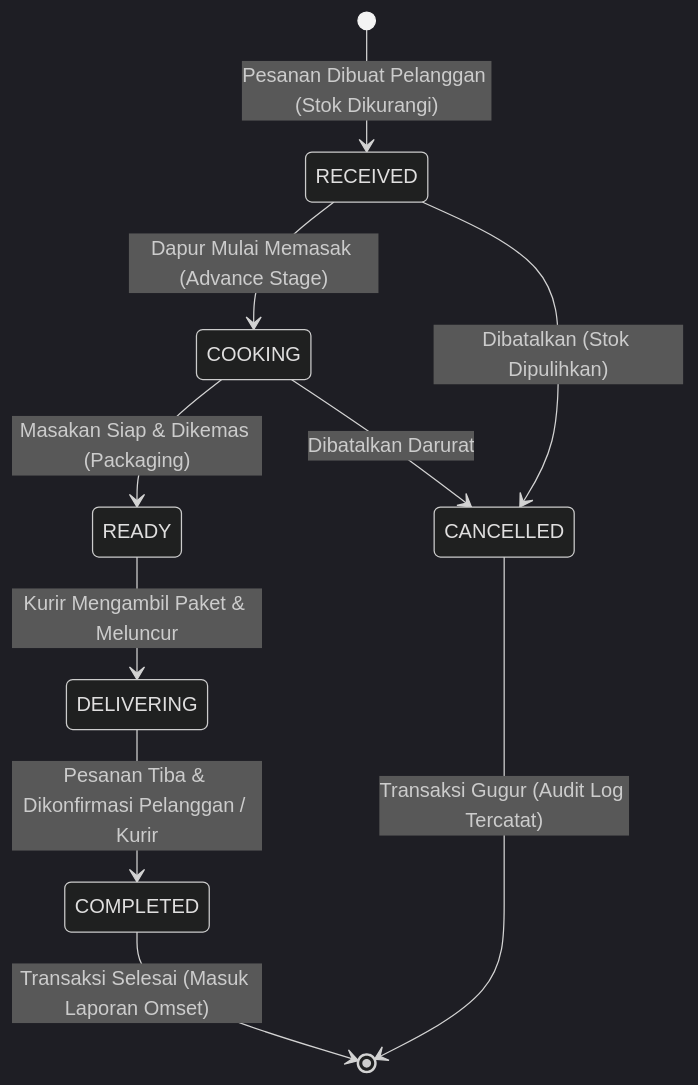
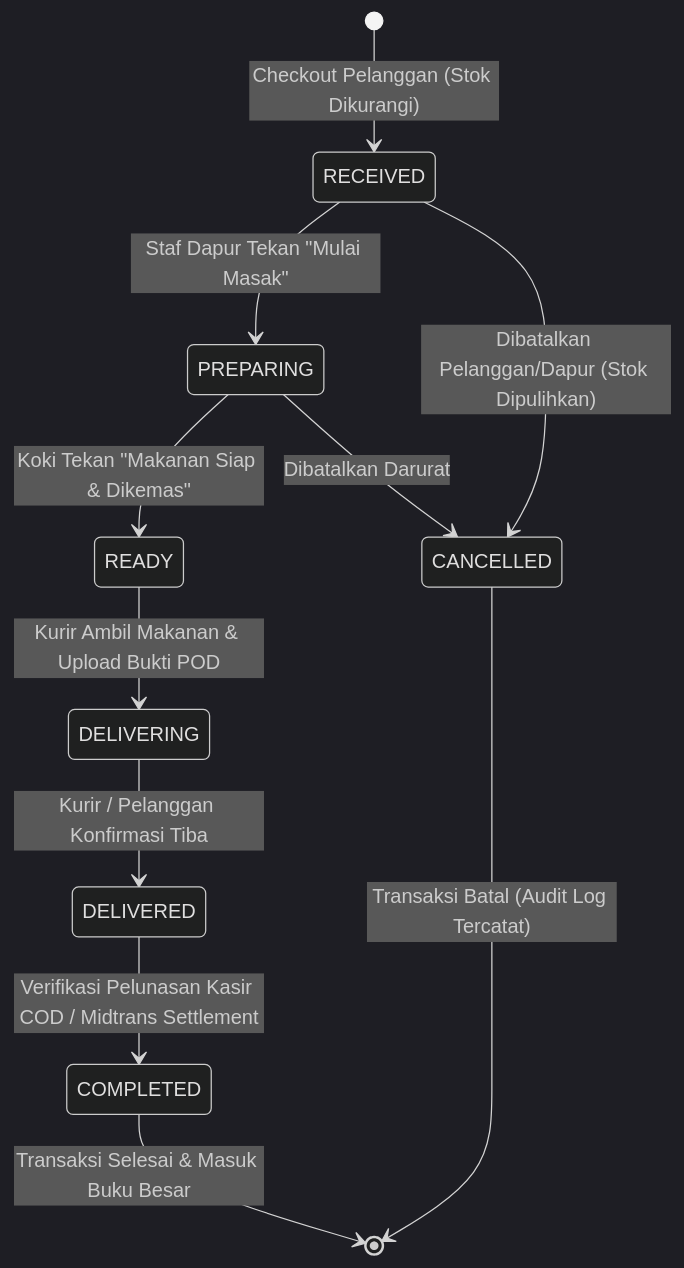
The first of 2 diagrams in nefakky3/docs/WORKFLOW.md (fatihahmadzakky19/Nefakky3), drawn with Mermaid (dark theme) before and after one commit. The commit also changed other lines of this file and 15 other files, not shown here.

````diff
--- a/nefakky3/docs/WORKFLOW.md
+++ b/nefakky3/docs/WORKFLOW.md
@@ -13,17 +13,19 @@
 ```mermaid
 stateDiagram-v2
-    [*] --> RECEIVED : Pesanan Dibuat Pelanggan (Stok Dikurangi)
+    [*] --> RECEIVED : Checkout Pelanggan (Stok Dikurangi)
     
-    RECEIVED --> COOKING : Dapur Mulai Memasak (Advance Stage)
-    RECEIVED --> CANCELLED : Dibatalkan (Stok Dipulihkan)
+    RECEIVED --> PREPARING : Staf Dapur Tekan "Mulai Masak"
+    RECEIVED --> CANCELLED : Dibatalkan Pelanggan/Dapur (Stok Dipulihkan)
     
-    COOKING --> READY : Masakan Siap & Dikemas (Packaging)
-    COOKING --> CANCELLED : Dibatalkan Darurat
+    PREPARING --> READY : Koki Tekan "Makanan Siap & Dikemas"
+    PREPARING --> CANCELLED : Dibatalkan Darurat
     
-    READY --> DELIVERING : Kurir Mengambil Paket & Meluncur
+    READY --> DELIVERING : Kurir Ambil Makanan & Upload Bukti POD
     
-    DELIVERING --> COMPLETED : Pesanan Tiba & Dikonfirmasi Pelanggan / Kurir
+    DELIVERING --> DELIVERED : Kurir / Pelanggan Konfirmasi Tiba
     
-    COMPLETED --> [*] : Transaksi Selesai (Masuk Laporan Omset)
-    CANCELLED --> [*] : Transaksi Gugur (Audit Log Tercatat)
+    DELIVERED --> COMPLETED : Verifikasi Pelunasan Kasir COD / Midtrans Settlement
+    
+    COMPLETED --> [*] : Transaksi Selesai & Masuk Buku Besar
+    CANCELLED --> [*] : Transaksi Batal (Audit Log Tercatat)
 ```
````
